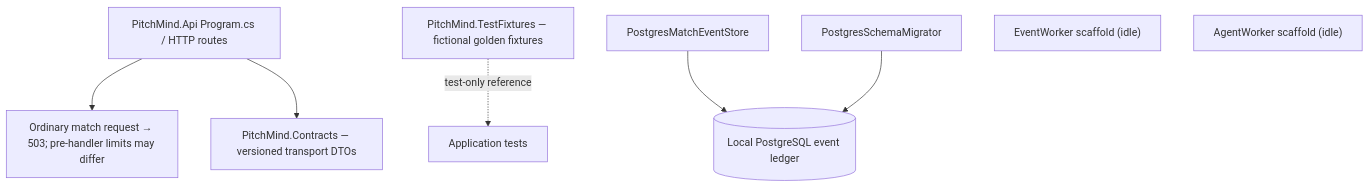
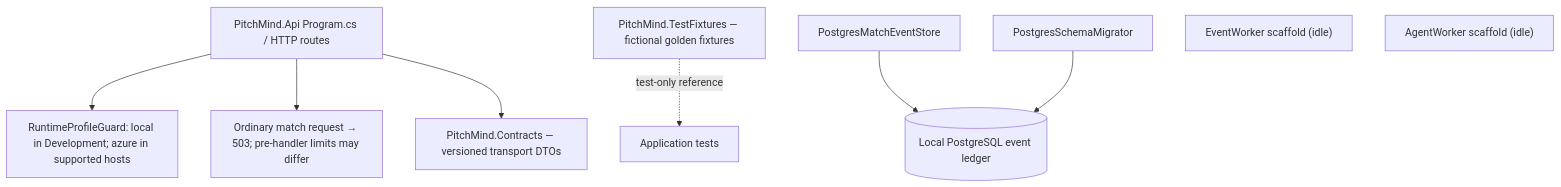
The first of 2 diagrams in docs/architecture/03-components.md (prateekgangopadhyay/PitchMind), drawn with Mermaid before and after one commit. The commit also changed other lines of this file and 15 other files, not shown here.

````diff
--- a/docs/architecture/03-components.md
+++ b/docs/architecture/03-components.md
@@ -9,10 +9,11 @@
 ```mermaid
 flowchart TB
-  API["PitchMind.Api Program.cs / HTTP routes"] --> Guard["Ordinary match request → 503; pre-handler limits may differ"]
+  API["PitchMind.Api Program.cs / HTTP routes"] --> Profile["RuntimeProfileGuard: local in Development; azure in supported hosts"]
+  API --> Guard["Ordinary match request → 503; pre-handler limits may differ"]
   API --> Contracts["PitchMind.Contracts — versioned transport DTOs"]
   Test["PitchMind.TestFixtures — fictional golden fixtures"] -. "test-only reference" .-> AppTests["Application tests"]
   Ledger["PostgresMatchEventStore"] --> DB[("Local PostgreSQL event ledger")]
   Migrator["PostgresSchemaMigrator"] --> DB
   EventWorker["EventWorker scaffold (idle)"]
   AgentWorker["AgentWorker scaffold (idle)"]
 ```
````
